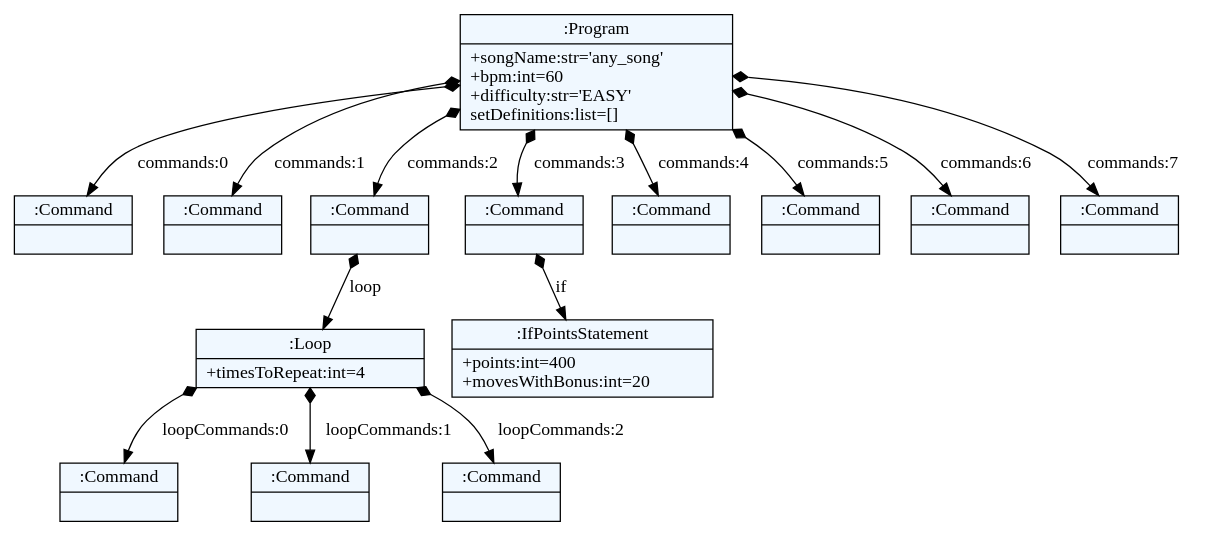
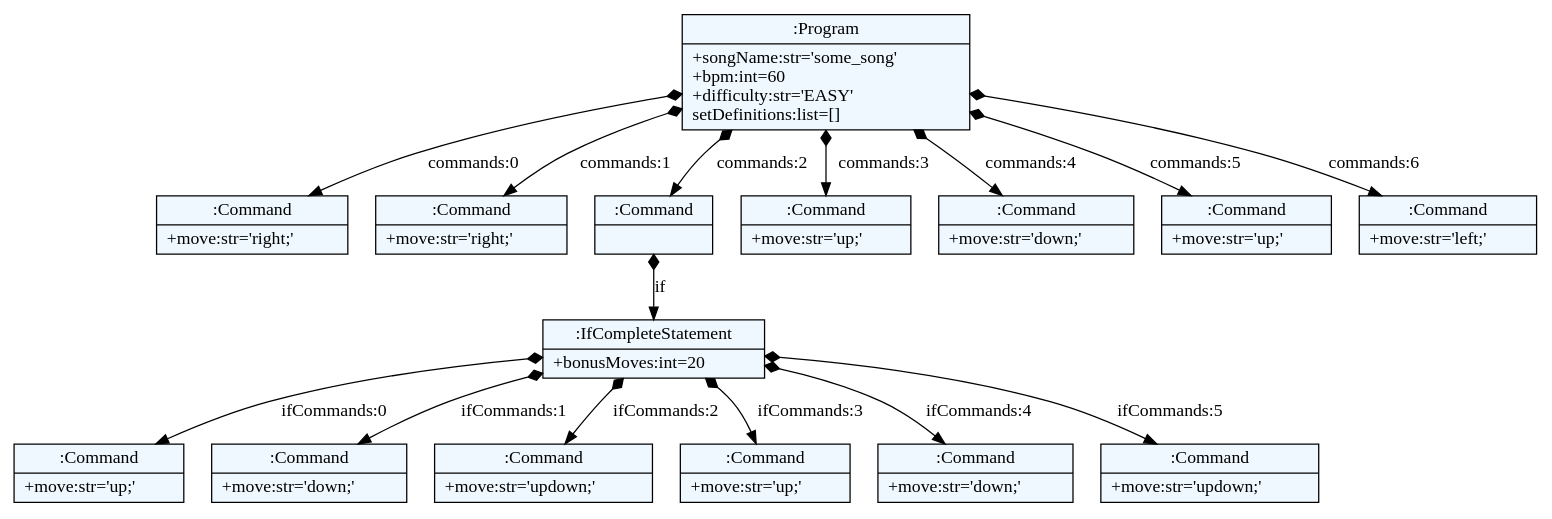
Before and after one commit to JanosevicRa177/JSD-Tim-2: the diagram in level.dot, drawn with Graphviz. The commit also changed 3 other files, not shown here.

Commit message:
fixed small issue with move non-terminal not registering moves

```diff
--- a/level.dot
+++ b/level.dot
@@ -1,42 +1,44 @@
 
     digraph textX {
     fontname = "Bitstream Vera Sans"
     fontsize = 8
     node[
         shape=record,
         style=filled,
         fillcolor=aliceblue
     ]
     nodesep = 0.3
     edge[dir=black,arrowtail=empty]
 
 
-2183876175312 -> 2183870261840 [label="commands:0" arrowtail=diamond dir=both]
-2183870261840[label="{:Command|}"]
-2183876175312 -> 2183876175760 [label="commands:1" arrowtail=diamond dir=both]
-2183876175760[label="{:Command|}"]
-2183876175312 -> 2183876175824 [label="commands:2" arrowtail=diamond dir=both]
-2183876175824 -> 2183876175888 [label="loop" arrowtail=diamond dir=both]
-2183876175888 -> 2183873901008 [label="loopCommands:0" arrowtail=diamond dir=both]
-2183873901008[label="{:Command|}"]
-2183876175888 -> 2183876176080 [label="loopCommands:1" arrowtail=diamond dir=both]
-2183876176080[label="{:Command|}"]
-2183876175888 -> 2183876176144 [label="loopCommands:2" arrowtail=diamond dir=both]
-2183876176144[label="{:Command|}"]
-2183876175888[label="{:Loop|+timesToRepeat:int=4\l}"]
-2183876175824[label="{:Command|}"]
-2183876175312 -> 2183876175952 [label="commands:3" arrowtail=diamond dir=both]
-2183876175952 -> 2183876176016 [label="if" arrowtail=diamond dir=both]
-2183876176016[label="{:IfPointsStatement|+points:int=400\l+movesWithBonus:int=20\l}"]
-2183876175952[label="{:Command|}"]
-2183876175312 -> 2183876176208 [label="commands:4" arrowtail=diamond dir=both]
-2183876176208[label="{:Command|}"]
-2183876175312 -> 2183876176336 [label="commands:5" arrowtail=diamond dir=both]
-2183876176336[label="{:Command|}"]
-2183876175312 -> 2183876176400 [label="commands:6" arrowtail=diamond dir=both]
-2183876176400[label="{:Command|}"]
-2183876175312 -> 2183876176464 [label="commands:7" arrowtail=diamond dir=both]
-2183876176464[label="{:Command|}"]
-2183876175312[label="{:Program|+songName:str='any_song'\l+bpm:int=60\l+difficulty:str='EASY'\lsetDefinitions:list=[]\l}"]
+2229212014480 -> 2229206428240 [label="commands:0" arrowtail=diamond dir=both]
+2229206428240[label="{:Command|+move:str='right;'\l}"]
+2229212014480 -> 2229212014992 [label="commands:1" arrowtail=diamond dir=both]
+2229212014992[label="{:Command|+move:str='right;'\l}"]
+2229212014480 -> 2229212015120 [label="commands:2" arrowtail=diamond dir=both]
+2229212015120 -> 2229212015184 [label="if" arrowtail=diamond dir=both]
+2229212015184 -> 2229212015312 [label="ifCommands:0" arrowtail=diamond dir=both]
+2229212015312[label="{:Command|+move:str='up;'\l}"]
+2229212015184 -> 2229212015504 [label="ifCommands:1" arrowtail=diamond dir=both]
+2229212015504[label="{:Command|+move:str='down;'\l}"]
+2229212015184 -> 2229212015632 [label="ifCommands:2" arrowtail=diamond dir=both]
+2229212015632[label="{:Command|+move:str='updown;'\l}"]
+2229212015184 -> 2229212015760 [label="ifCommands:3" arrowtail=diamond dir=both]
+2229212015760[label="{:Command|+move:str='up;'\l}"]
+2229212015184 -> 2229212015888 [label="ifCommands:4" arrowtail=diamond dir=both]
+2229212015888[label="{:Command|+move:str='down;'\l}"]
+2229212015184 -> 2229212016080 [label="ifCommands:5" arrowtail=diamond dir=both]
+2229212016080[label="{:Command|+move:str='updown;'\l}"]
+2229212015184[label="{:IfCompleteStatement|+bonusMoves:int=20\l}"]
+2229212015120[label="{:Command|}"]
+2229212014480 -> 2229212015248 [label="commands:3" arrowtail=diamond dir=both]
+2229212015248[label="{:Command|+move:str='up;'\l}"]
+2229212014480 -> 2229212015376 [label="commands:4" arrowtail=diamond dir=both]
+2229212015376[label="{:Command|+move:str='down;'\l}"]
+2229212014480 -> 2229212016400 [label="commands:5" arrowtail=diamond dir=both]
+2229212016400[label="{:Command|+move:str='up;'\l}"]
+2229212014480 -> 2229212016528 [label="commands:6" arrowtail=diamond dir=both]
+2229212016528[label="{:Command|+move:str='left;'\l}"]
+2229212014480[label="{:Program|+songName:str='some_song'\l+bpm:int=60\l+difficulty:str='EASY'\lsetDefinitions:list=[]\l}"]
 
 }
```
